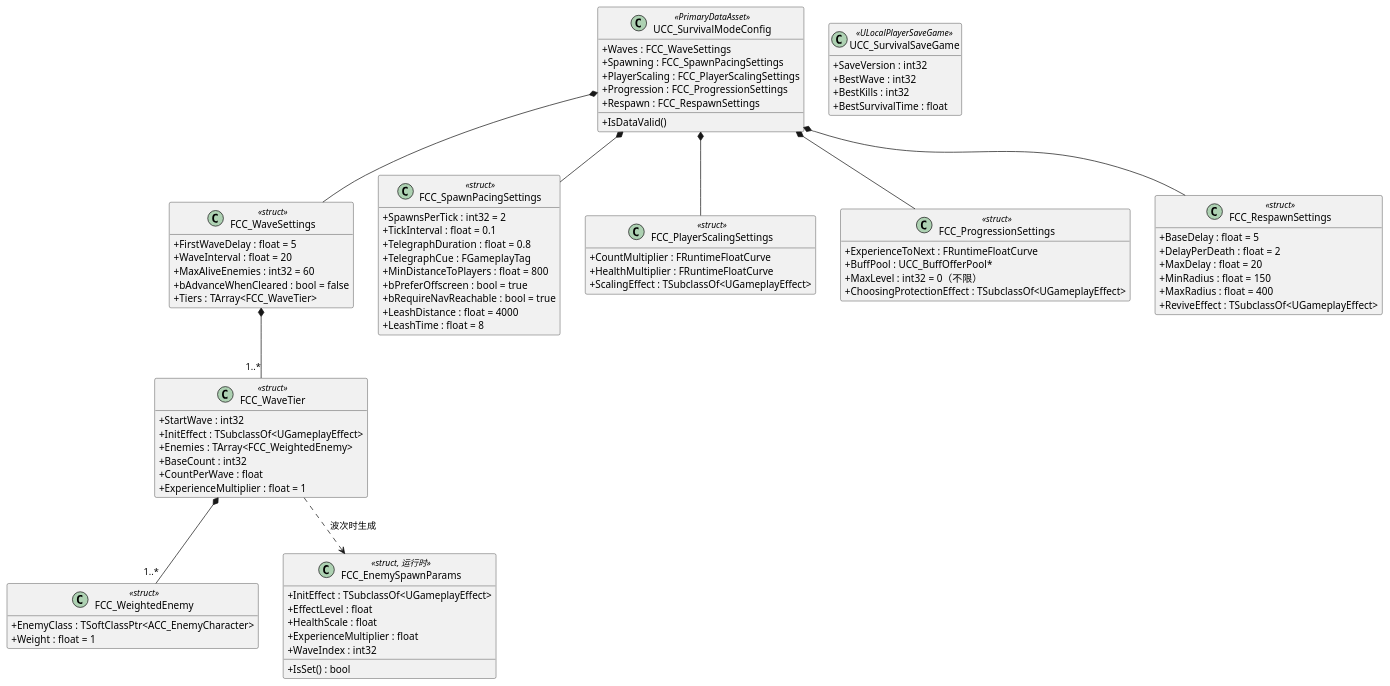
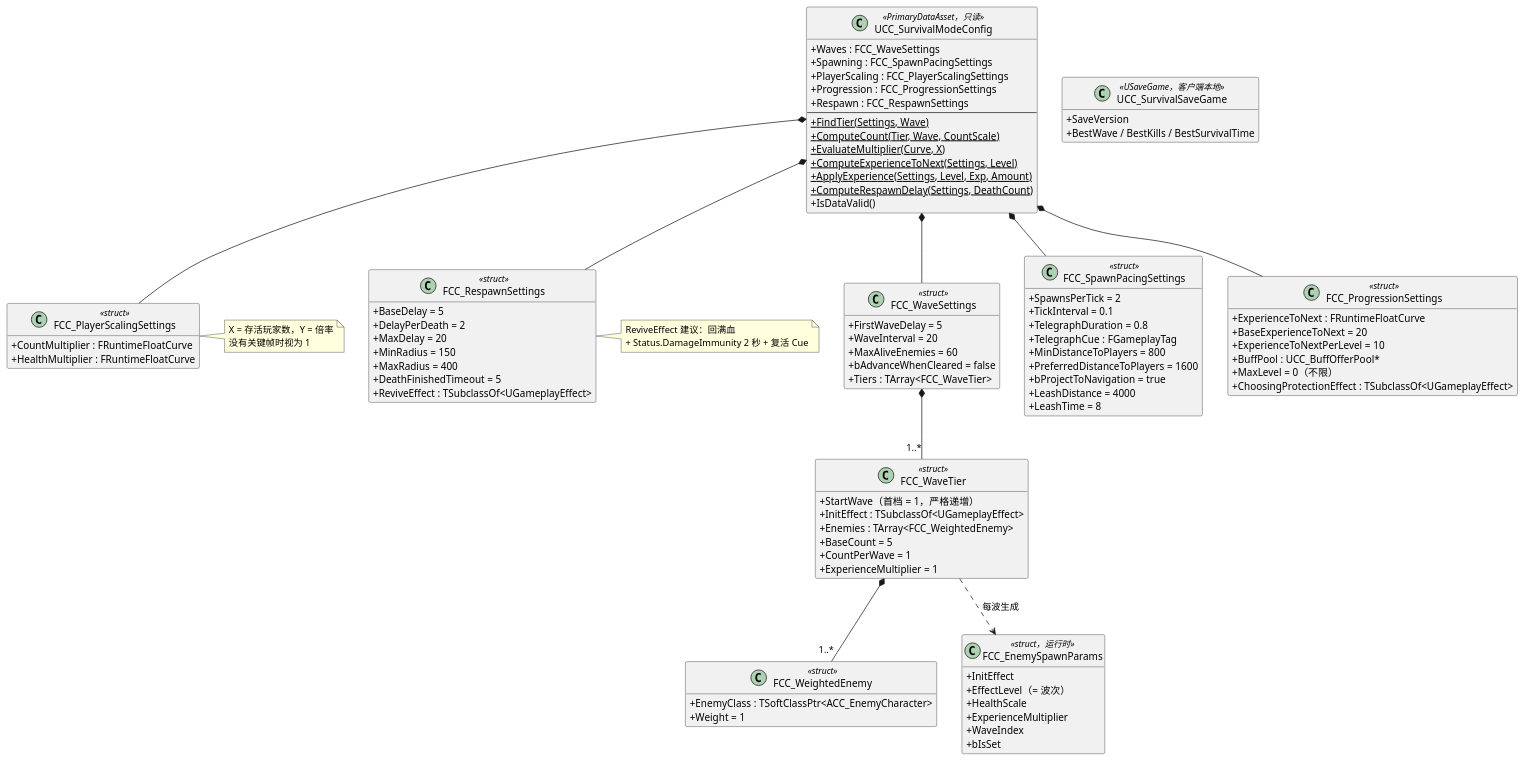
Before and after one commit to peng984251536/GAS_Demo: the fourth of 11 diagrams in Docs/SurvivalMode.zh-CN.md, drawn with PlantUML. The commit also changed other lines of this file and 141 other files, not shown here.

````diff
--- a/Docs/SurvivalMode.zh-CN.md
+++ b/Docs/SurvivalMode.zh-CN.md
@@ -378,89 +400,100 @@
 skinparam classAttributeIconSize 0
 hide empty members
 
-class UCC_SurvivalModeConfig <<PrimaryDataAsset>> {
+class UCC_SurvivalModeConfig <<PrimaryDataAsset，只读>> {
   + Waves : FCC_WaveSettings
   + Spawning : FCC_SpawnPacingSettings
   + PlayerScaling : FCC_PlayerScalingSettings
   + Progression : FCC_ProgressionSettings
   + Respawn : FCC_RespawnSettings
+  --
+  + FindTier(Settings, Wave) {static}
+  + ComputeCount(Tier, Wave, CountScale) {static}
+  + EvaluateMultiplier(Curve, X) {static}
+  + ComputeExperienceToNext(Settings, Level) {static}
+  + ApplyExperience(Settings, Level, Exp, Amount) {static}
+  + ComputeRespawnDelay(Settings, DeathCount) {static}
   + IsDataValid()
 }
 
 class FCC_WaveSettings <<struct>> {
-  + FirstWaveDelay : float = 5
-  + WaveInterval : float = 20
-  + MaxAliveEnemies : int32 = 60
-  + bAdvanceWhenCleared : bool = false
+  + FirstWaveDelay = 5
+  + WaveInterval = 20
+  + MaxAliveEnemies = 60
+  + bAdvanceWhenCleared = false
   + Tiers : TArray<FCC_WaveTier>
 }
 
 class FCC_WaveTier <<struct>> {
-  + StartWave : int32
+  + StartWave（首档 = 1，严格递增）
   + InitEffect : TSubclassOf<UGameplayEffect>
   + Enemies : TArray<FCC_WeightedEnemy>
-  + BaseCount : int32
-  + CountPerWave : float
-  + ExperienceMultiplier : float = 1
+  + BaseCount = 5
+  + CountPerWave = 1
+  + ExperienceMultiplier = 1
 }
 
 class FCC_WeightedEnemy <<struct>> {
   + EnemyClass : TSoftClassPtr<ACC_EnemyCharacter>
-  + Weight : float = 1
+  + Weight = 1
 }
 
 class FCC_SpawnPacingSettings <<struct>> {
-  + SpawnsPerTick : int32 = 2
-  + TickInterval : float = 0.1
-  + TelegraphDuration : float = 0.8
+  + SpawnsPerTick = 2
+  + TickInterval = 0.1
+  + TelegraphDuration = 0.8
   + TelegraphCue : FGameplayTag
-  + MinDistanceToPlayers : float = 800
-  + bPreferOffscreen : bool = true
-  + bRequireNavReachable : bool = true
-  + LeashDistance : float = 4000
-  + LeashTime : float = 8
+  + MinDistanceToPlayers = 800
+  + PreferredDistanceToPlayers = 1600
+  + bProjectToNavigation = true
+  + LeashDistance = 4000
+  + LeashTime = 8
 }
 
 class FCC_PlayerScalingSettings <<struct>> {
   + CountMultiplier : FRuntimeFloatCurve
   + HealthMultiplier : FRuntimeFloatCurve
-  ' X = 存活玩家数，Y = 倍率；1 人 = 1.0
-  + ScalingEffect : TSubclassOf<UGameplayEffect>
-  ' SetByCaller Data.Survival.HealthScale
 }
+note right of FCC_PlayerScalingSettings
+  X = 存活玩家数，Y = 倍率
+  没有关键帧时视为 1
+end note
 
 class FCC_ProgressionSettings <<struct>> {
   + ExperienceToNext : FRuntimeFloatCurve
-  ' X = 当前等级，Y = 升到下一级所需经验
+  + BaseExperienceToNext = 20
+  + ExperienceToNextPerLevel = 10
   + BuffPool : UCC_BuffOfferPool*
-  + MaxLevel : int32 = 0（不限）
+  + MaxLevel = 0（不限）
   + ChoosingProtectionEffect : TSubclassOf<UGameplayEffect>
 }
 
 class FCC_RespawnSettings <<struct>> {
-  + BaseDelay : float = 5
-  + DelayPerDeath : float = 2
-  + MaxDelay : float = 20
-  + MinRadius : float = 150
-  + MaxRadius : float = 400
+  + BaseDelay = 5
+  + DelayPerDeath = 2
+  + MaxDelay = 20
+  + MinRadius = 150
+  + MaxRadius = 400
+  + DeathFinishedTimeout = 5
   + ReviveEffect : TSubclassOf<UGameplayEffect>
-  ' 回满血 + Status.Invincible 2 秒 + 复活 Cue
+}
+note right of FCC_RespawnSettings
+  ReviveEffect 建议：回满血
+  + Status.DamageImmunity 2 秒 + 复活 Cue
+end note
+
+class FCC_EnemySpawnParams <<struct，运行时>> {
+  + InitEffect
+  + EffectLevel（= 波次）
+  + HealthScale
+  + ExperienceMultiplier
+  + WaveIndex
+  + bIsSet
 }
 
-class FCC_EnemySpawnParams <<struct, 运行时>> {
-  + InitEffect : TSubclassOf<UGameplayEffect>
-  + EffectLevel : float
-  + HealthScale : float
-  + ExperienceMultiplier : float
-  + WaveIndex : int32
-  + IsSet() : bool
-}
-
-class UCC_SurvivalSaveGame <<ULocalPlayerSaveGame>> {
-  + SaveVersion : int32
-  + BestWave : int32
-  + BestKills : int32
-  + BestSurvivalTime : float
+class UCC_SurvivalSaveGame <<USaveGame，客户端本地>> {
+  + SaveVersion
+  + BestWave / BestKills / BestSurvivalTime
 }
 
 UCC_SurvivalModeConfig *-- FCC_WaveSettings
@@ -470,6 +503,6 @@
 UCC_SurvivalModeConfig *-- FCC_RespawnSettings
 FCC_WaveSettings *-- "1..*" FCC_WaveTier
 FCC_WaveTier *-- "1..*" FCC_WeightedEnemy
-FCC_WaveTier ..> FCC_EnemySpawnParams : 波次时生成
+FCC_WaveTier ..> FCC_EnemySpawnParams : 每波生成
 @enduml
 ```
````
